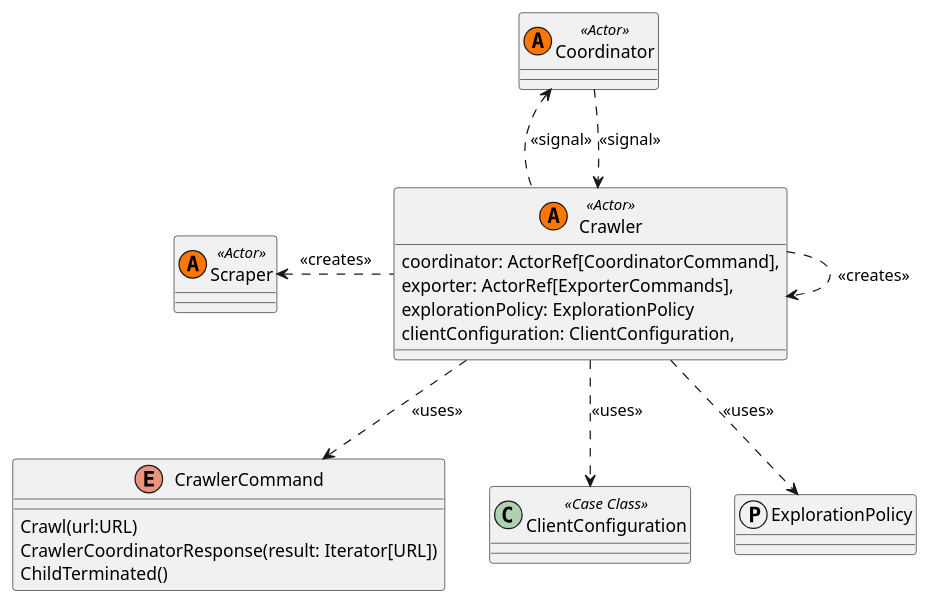
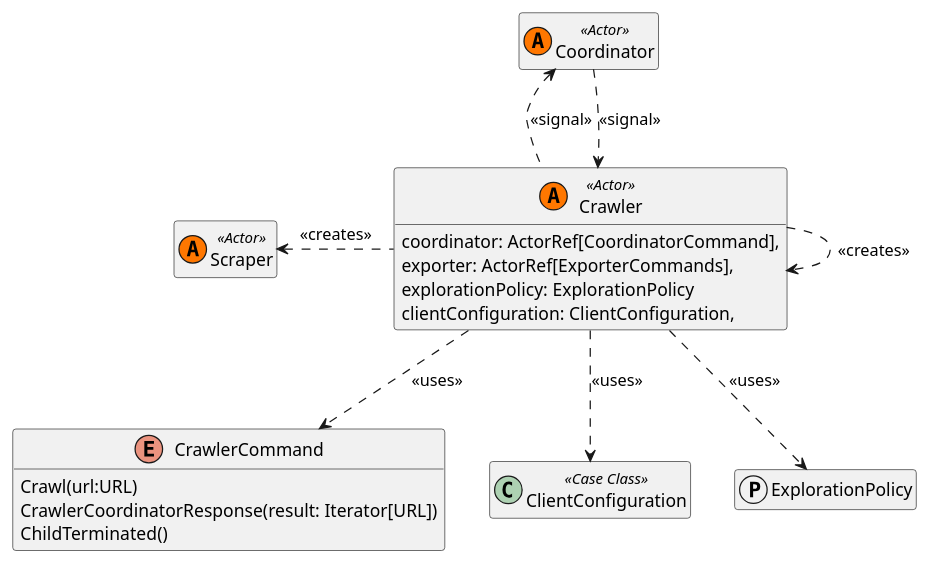
One commit to PPS-22-Scooby/pps-22-scooby.github.io changed the second of 2 diagrams in Writerside/topics/Crawler.md. Above: the diagram before and after it, drawn with PlantUML. The commit also changed 3 other files, not shown here.

Commit message:
docs: add retrospective and fix some uml

````diff
--- a/Writerside/topics/Crawler.md
+++ b/Writerside/topics/Crawler.md
@@ -37,36 +37,37 @@
 ```plantuml
 @startuml Crawler
+    hide empty members
     enum CrawlerCommand {
         Crawl(url:URL)
         CrawlerCoordinatorResponse(result: Iterator[URL])
         ChildTerminated()
     }
     
     class ClientConfiguration <<Case Class>>
     
     protocol ExplorationPolicy
     
     class Crawler <<(A, #FF7700) Actor>>{
         coordinator: ActorRef[CoordinatorCommand],
         exporter: ActorRef[ExporterCommands],
         explorationPolicy: ExplorationPolicy
         clientConfiguration: ClientConfiguration,
     }
     
     class Coordinator <<(A, #FF7700) Actor>>
     class Scraper <<(A, #FF7700) Actor>>
     
     Crawler ..> CrawlerCommand: <<uses>>
     Crawler ..> ClientConfiguration: <<uses>>
     Crawler ..> ExplorationPolicy: <<uses>>
     
     Crawler .u.> Coordinator: <<signal>>
     Coordinator ..> Crawler: <<signal>>
     
     
     Crawler .l.> Scraper: <<creates>>
     Crawler ..> Crawler: <<creates>>
     
     
 @enduml
 ```
````
